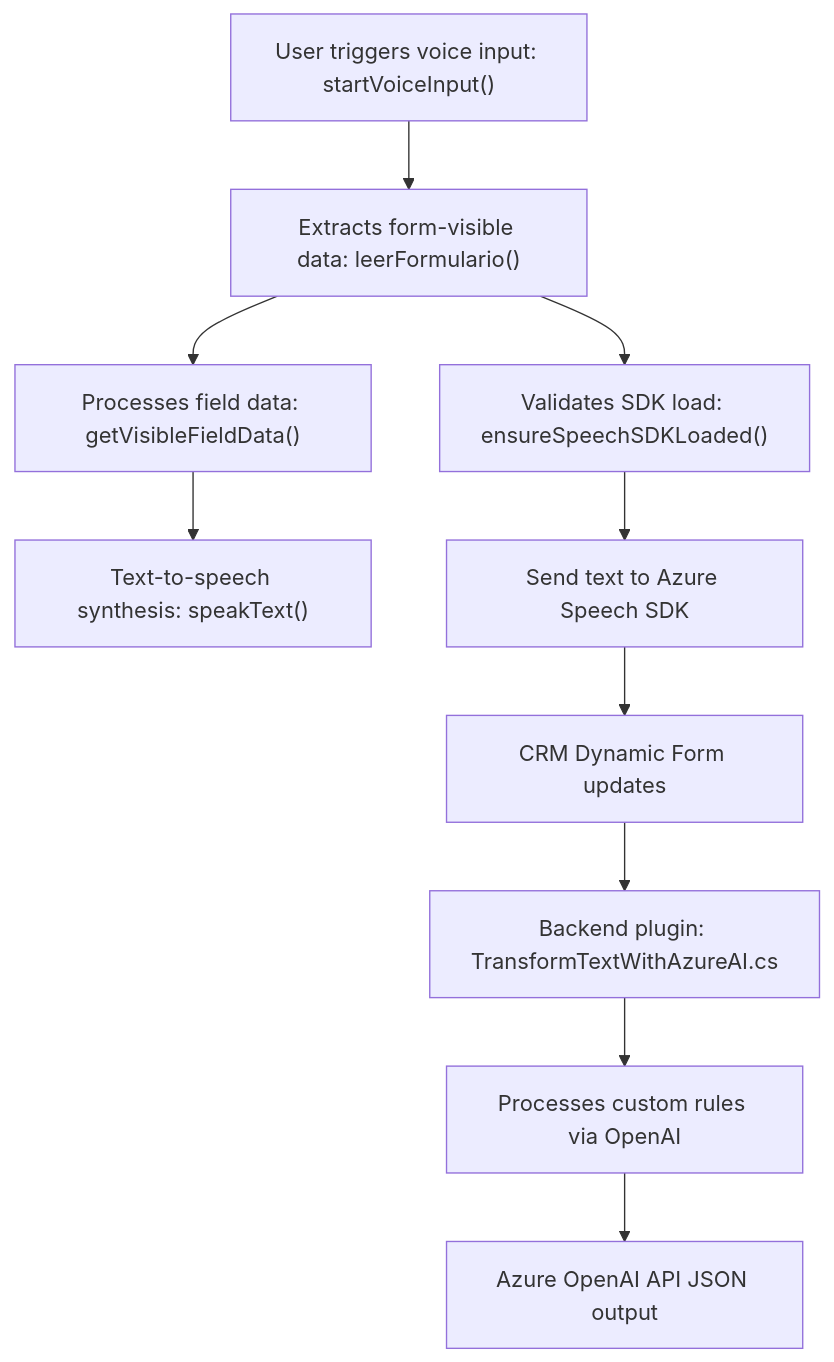
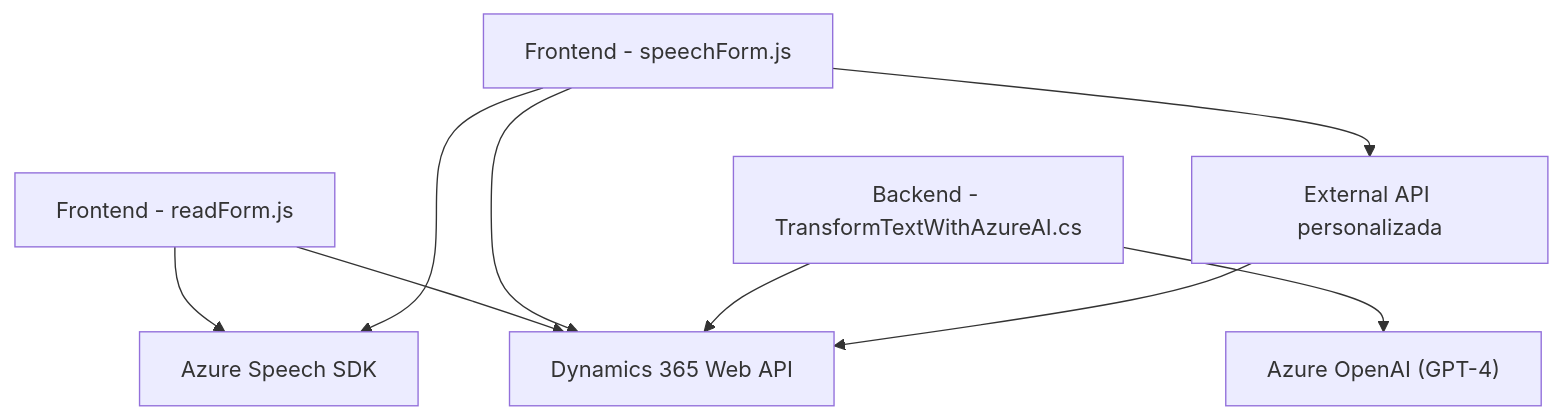
Before and after one commit to blopezdm/NETCORE_BILBAO2025: the diagram in README.md, drawn with Mermaid. The commit also changed other lines of this file, not shown here.

````diff
--- a/README.md
+++ b/README.md
@@ -49,23 +35,19 @@
 ```mermaid
 graph TD
-    A["User triggers voice input: startVoiceInput()"]
-    B["Extracts form-visible data: leerFormulario()"]
-    C["Validates SDK load: ensureSpeechSDKLoaded()"]
-    D["Processes field data: getVisibleFieldData()"]
-    E["Text-to-speech synthesis: speakText()"]
-    F["Send text to Azure Speech SDK"]
-    G["CRM Dynamic Form updates"]
-    H["Backend plugin: TransformTextWithAzureAI.cs"]
-    I["Processes custom rules via OpenAI"]
-    J["Azure OpenAI API JSON output"]
+    A["Frontend - readForm.js"]
+    B["Frontend - speechForm.js"]
+    C["Backend - TransformTextWithAzureAI.cs"]
+    D["Azure Speech SDK"] 
+    E["Azure OpenAI (GPT-4)"]
+    F["Dynamics 365 Web API"]
+    G["External API personalizada"]
 
-    A --> B
-    B --> C
-    C --> F
-    B --> D
-    D --> E
-    F --> G
-    G --> H
-    H --> I
-    I --> J
+    A-->D
+    A-->F
+    B-->D
+    B-->G
+    B-->F
+    C-->E
+    C-->F
+    G-->F
 ```
````
